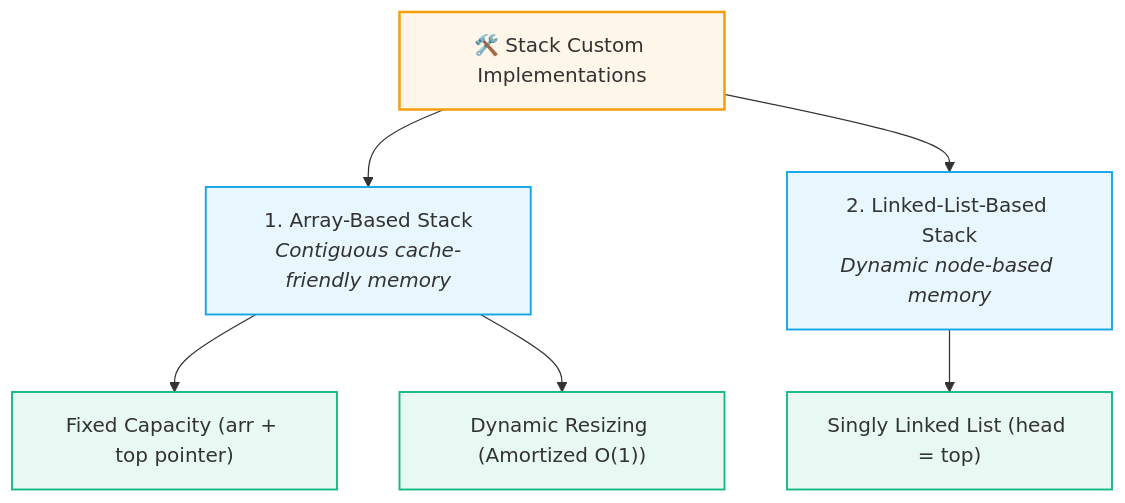
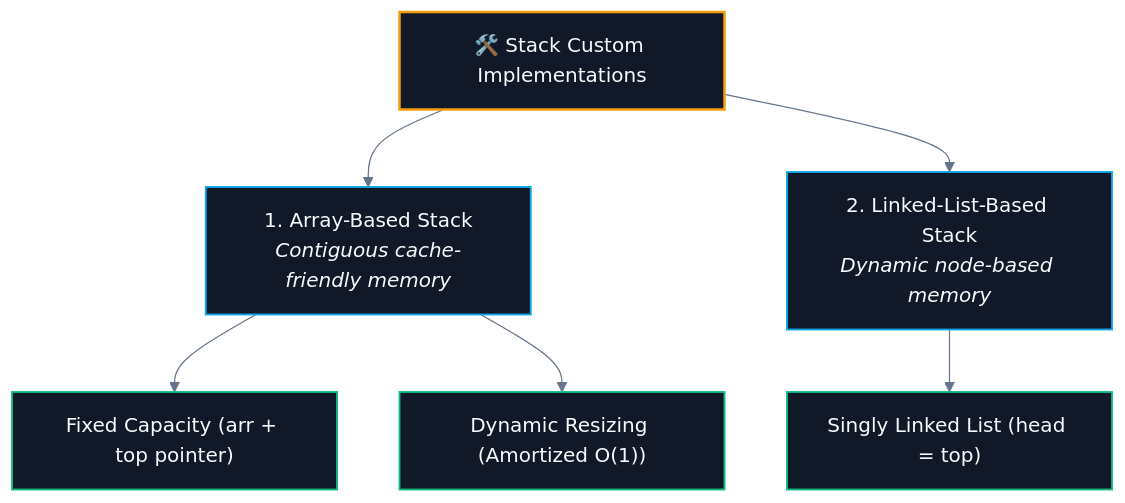
One commit to abhinavbharti2345/CS_Notes changed the first of 5 diagrams in CS/DSA/06. Stacks & Queues/02. Stack Implementation from Scratch.md. Above: the diagram before and after it, drawn with Mermaid. The commit also changed other lines of this file and 195 other files, not shown here.

````diff
--- a/CS/DSA/06. Stacks & Queues/02. Stack Implementation from Scratch.md
+++ b/CS/DSA/06. Stacks & Queues/02. Stack Implementation from Scratch.md
@@ -31,18 +31,19 @@
 ```mermaid
+%%{init: {'theme': 'base', 'themeVariables': { 'darkMode': true, 'background': '#0B0F14', 'mainBkg': '#111827', 'primaryColor': '#111827', 'primaryTextColor': '#F8FAFC', 'primaryBorderColor': '#38BDF8', 'lineColor': '#64748B', 'secondaryColor': '#0B0F14', 'tertiaryColor': '#0B0F14', 'clusterBkg': '#0B0F14', 'clusterBorder': '#38BDF8' }}}%%
 flowchart TD
     StackImp["🛠️ Stack Custom Implementations"]
     StackImp --> A["1. Array-Based Stack<br/><i>Contiguous cache-friendly memory</i>"]
     StackImp --> LL["2. Linked-List-Based Stack<br/><i>Dynamic node-based memory</i>"]
 
     A --> A1["Fixed Capacity (arr + top pointer)"]
     A --> A2["Dynamic Resizing (Amortized O(1))"]
     
     LL --> LL1["Singly Linked List (head = top)"]
 
-    classDef root fill:#f59e0b18,stroke:#f59e0b,stroke-width:2px;
-    classDef branch fill:#0ea5e918,stroke:#0ea5e9,stroke-width:1.5px;
-    classDef leaf fill:#10b98118,stroke:#10b981,stroke-width:1.5px;
+    classDef root fill:#111827,stroke:#f59e0b,stroke-width:2px,color:#F8FAFC;
+    classDef branch fill:#111827,stroke:#0ea5e9,stroke-width:1.5px,color:#F8FAFC;
+    classDef leaf fill:#111827,stroke:#10b981,stroke-width:1.5px,color:#F8FAFC;
     class StackImp root;
     class A,LL branch;
     class A1,A2,LL1 leaf;
 ```
````
